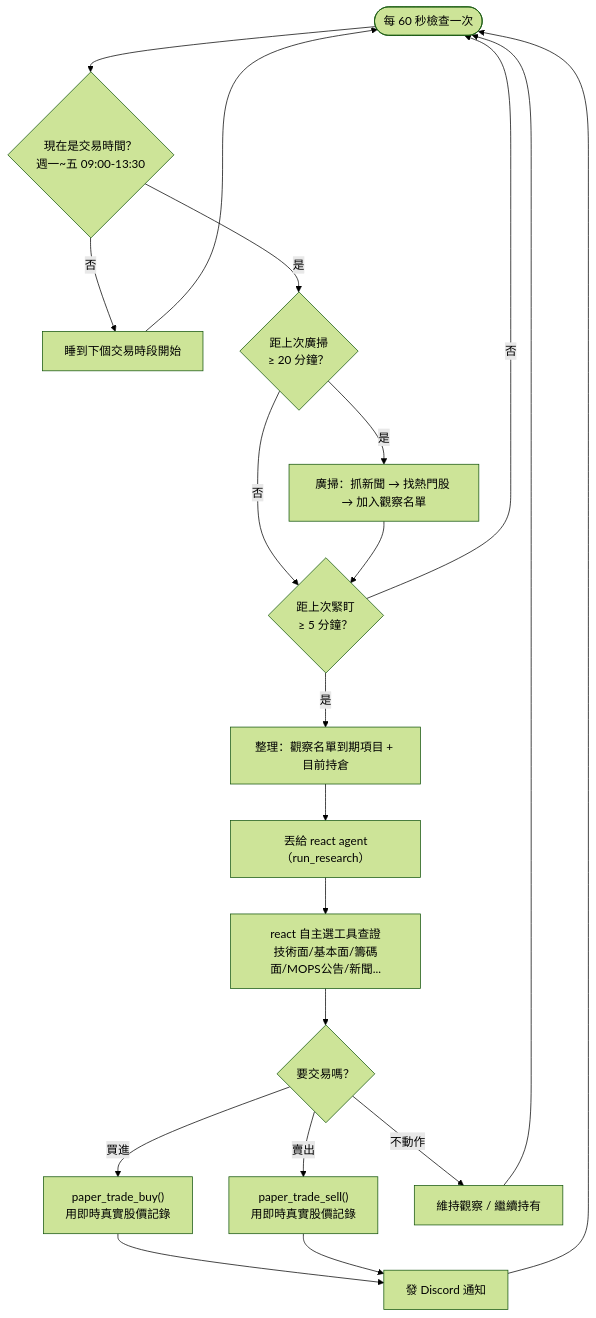
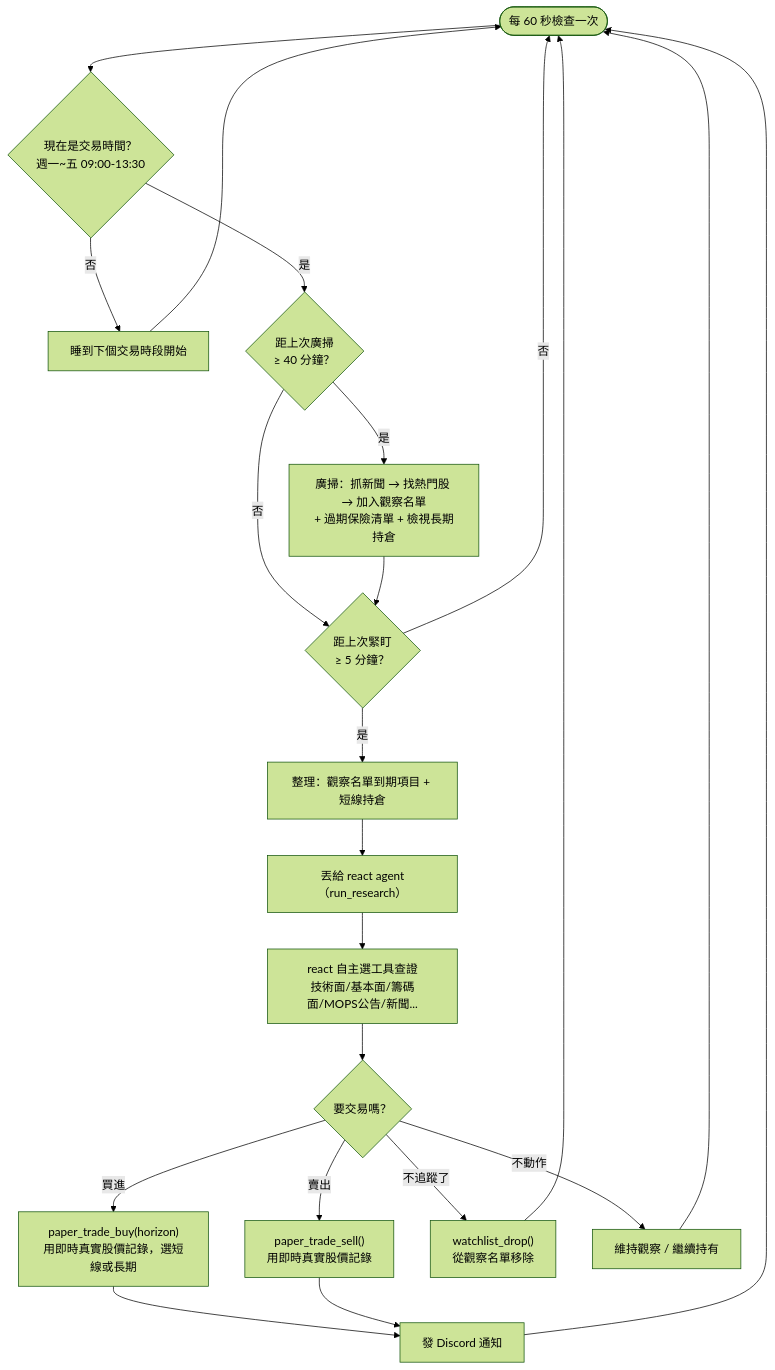
Before and after one commit to carterwu1120/market-agent: the second of 2 diagrams in docs/paper_trading.md, drawn with Mermaid (forest theme). The commit also changed other lines of this file and 8 other files, not shown here.

````diff
--- a/docs/paper_trading.md
+++ b/docs/paper_trading.md
@@ -54,21 +54,23 @@
 ```mermaid
 flowchart TD
     START(["每 60 秒檢查一次"]) --> TH{"現在是交易時間？\n週一~五 09:00-13:30"}
     TH -->|否| SLEEP["睡到下個交易時段開始"] --> START
-    TH -->|是| B{"距上次廣掃\n≥ 20 分鐘？"}
-    B -->|是| BROAD["廣掃：抓新聞 → 找熱門股 → 加入觀察名單"]
+    TH -->|是| B{"距上次廣掃\n≥ 40 分鐘？"}
+    B -->|是| BROAD["廣掃：抓新聞 → 找熱門股 → 加入觀察名單\n+ 過期保險清單 + 檢視長期持倉"]
     B -->|否| T
     BROAD --> T{"距上次緊盯\n≥ 5 分鐘？"}
     T -->|否| START
-    T -->|是| GATHER["整理：觀察名單到期項目 + 目前持倉"]
+    T -->|是| GATHER["整理：觀察名單到期項目 + 短線持倉"]
     GATHER --> RESEARCH["丟給 react agent（run_research）"]
     RESEARCH --> DECIDE["react 自主選工具查證\n技術面/基本面/籌碼面/MOPS公告/新聞..."]
     DECIDE --> ACT{"要交易嗎？"}
-    ACT -->|買進| BUY["paper_trade_buy()\n用即時真實股價記錄"]
+    ACT -->|買進| BUY["paper_trade_buy(horizon)\n用即時真實股價記錄，選短線或長期"]
     ACT -->|賣出| SELL["paper_trade_sell()\n用即時真實股價記錄"]
+    ACT -->|不追蹤了| DROP["watchlist_drop()\n從觀察名單移除"]
     ACT -->|不動作| HOLD["維持觀察 / 繼續持有"]
     BUY --> NOTIFY["發 Discord 通知"]
     SELL --> NOTIFY
     NOTIFY --> START
+    DROP --> START
     HOLD --> START
 ```
````
